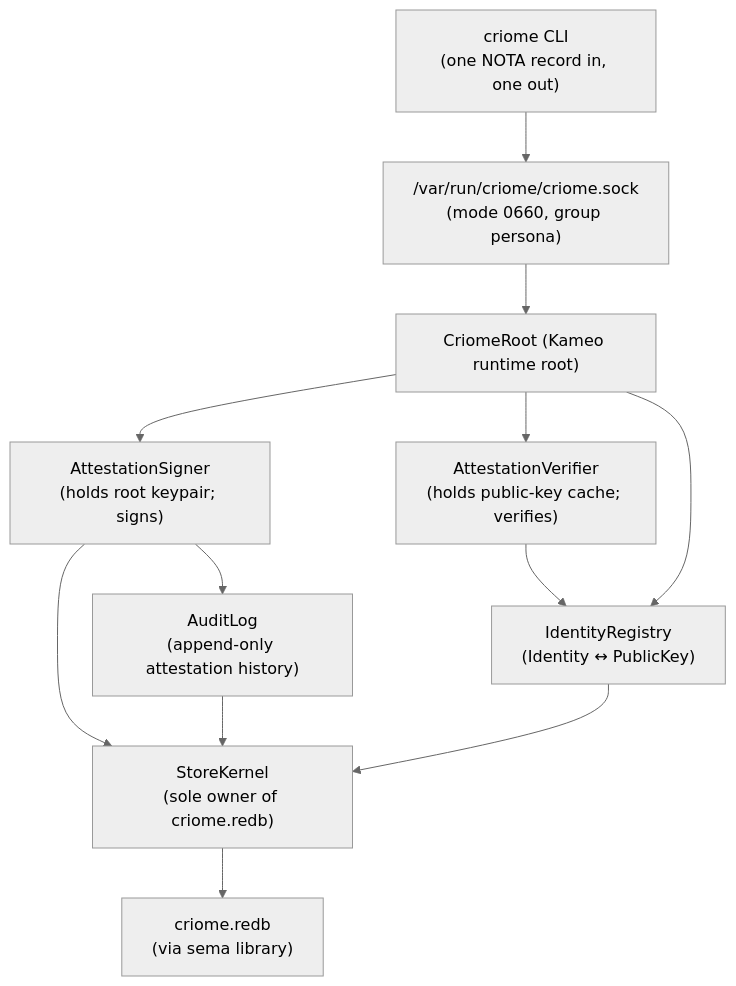
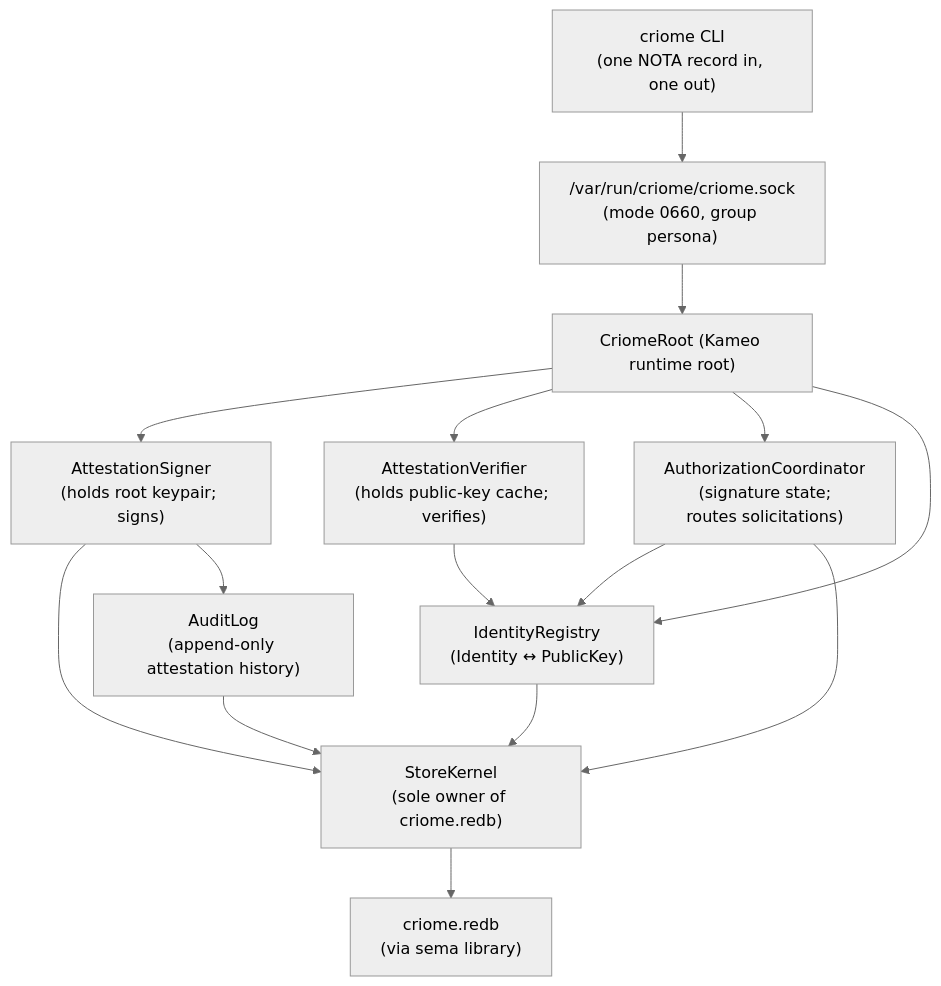
The diagram in ARCHITECTURE.md (LiGoldragon/criome), drawn with Mermaid (neutral theme) before and after one commit. The commit also changed other lines of this file and 1 other file, not shown here.

Commit message:
document signature-derived criome authorization

````diff
--- a/ARCHITECTURE.md
+++ b/ARCHITECTURE.md
@@ -78,24 +86,28 @@
 ```mermaid
 flowchart TB
     cli["criome CLI<br/>(one NOTA record in, one out)"]
     socket["/var/run/criome/criome.sock<br/>(mode 0660, group persona)"]
     root["CriomeRoot (Kameo runtime root)"]
     signer["AttestationSigner<br/>(holds root keypair; signs)"]
     verifier["AttestationVerifier<br/>(holds public-key cache; verifies)"]
+    authorization["AuthorizationCoordinator<br/>(signature state;<br/>routes solicitations)"]
     registry["IdentityRegistry<br/>(Identity ↔ PublicKey)"]
     store["StoreKernel<br/>(sole owner of criome.redb)"]
     db["criome.redb<br/>(via sema library)"]
     audit["AuditLog<br/>(append-only attestation history)"]
 
     cli --> socket
     socket --> root
     root --> signer
     root --> verifier
+    root --> authorization
     root --> registry
     signer --> store
     verifier --> registry
+    authorization --> registry
+    authorization --> store
     registry --> store
     store --> db
     signer --> audit
     audit --> store
 ```
````
